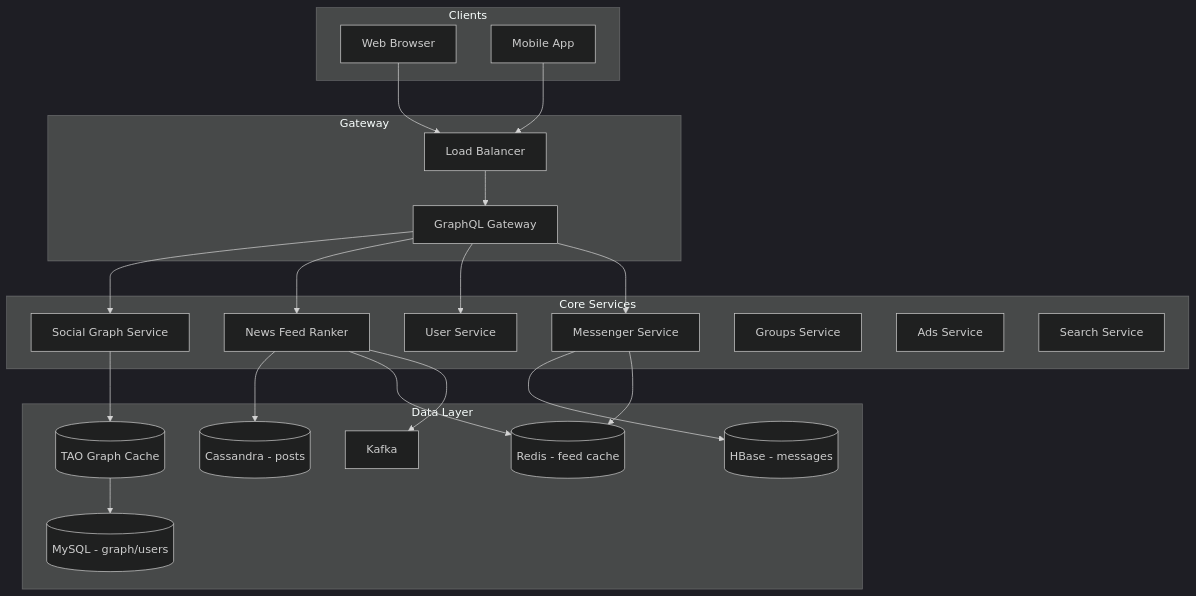
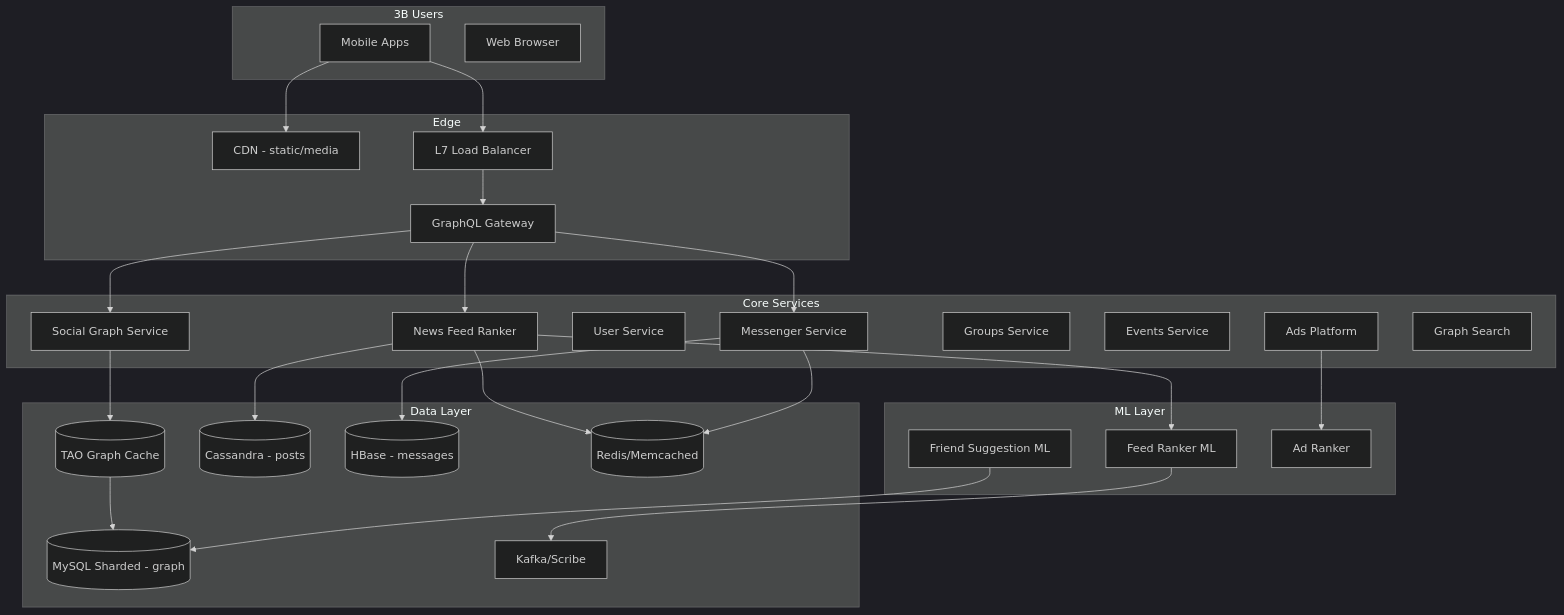
One commit to amarkum/python-datastructures changed the first of 7 diagrams in system-design/facebook/README.md. Above: the diagram before and after it, drawn with Mermaid (dark theme). The commit also changed other lines of this file and 6 other files, not shown here.

First line of the commit message:
Expand system design guides with detailed diagrams, schemas, and indexing.

````diff
--- a/system-design/facebook/README.md
+++ b/system-design/facebook/README.md
@@ -41,46 +22,51 @@
 ```mermaid
 flowchart TB
-    subgraph clients [Clients]
+    subgraph clients [3B Users]
+        Mobile[Mobile Apps]
         Web[Web Browser]
-        Mobile[Mobile App]
     end
 
-    subgraph gateway [Gateway]
-        LB[Load Balancer]
+    subgraph edge [Edge]
+        CDN[CDN - static/media]
+        LB[L7 Load Balancer]
         GQL[GraphQL Gateway]
     end
 
-    subgraph services [Core Services]
+    subgraph core [Core Services]
         Graph[Social Graph Service]
         Feed[News Feed Ranker]
         User[User Service]
         Messenger[Messenger Service]
         Group[Groups Service]
-        Ads[Ads Service]
-        Search[Search Service]
+        Event[Events Service]
+        Ads[Ads Platform]
+        Search[Graph Search]
+    end
+
+    subgraph ml [ML Layer]
+        Ranker[Feed Ranker ML]
+        Sugg[Friend Suggestion ML]
+        AdRank[Ad Ranker]
     end
 
     subgraph data [Data Layer]
         TAO[(TAO Graph Cache)]
-        MySQL[(MySQL - graph/users)]
+        MySQL[(MySQL Sharded - graph)]
         Cassandra[(Cassandra - posts)]
         HBase[(HBase - messages)]
-        Redis[(Redis - feed cache)]
-        Kafka[Kafka]
+        Redis[(Redis/Memcached)]
+        Kafka[Kafka/Scribe]
     end
 
-    Web --> LB
-    Mobile --> LB
-    LB --> GQL
-    GQL --> Graph
-    GQL --> Feed
-    GQL --> User
-    GQL --> Messenger
-    Graph --> TAO
-    TAO --> MySQL
+    Mobile --> CDN
+    Mobile --> LB --> GQL
+    GQL --> Graph --> TAO --> MySQL
+    GQL --> Feed --> Ranker
     Feed --> Cassandra
     Feed --> Redis
-    Feed --> Kafka
-    Messenger --> HBase
+    GQL --> Messenger --> HBase
     Messenger --> Redis
+    Ranker --> Kafka
+    Sugg --> MySQL
+    Ads --> AdRank
 ```
````
